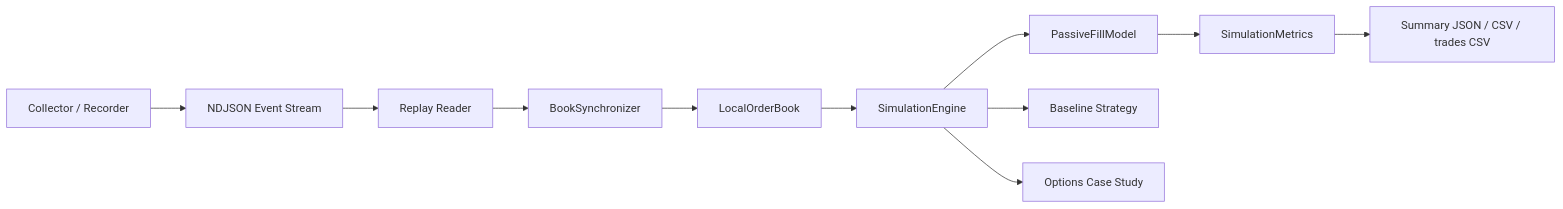
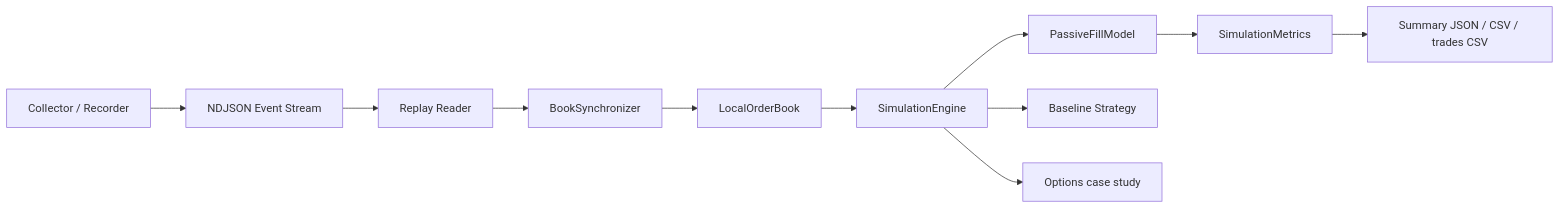
The second of 2 diagrams in README.md (gobrienHFT/lob_sim), drawn with Mermaid before and after one commit. The commit also changed other lines of this file and 6 other files, not shown here.

````diff
--- a/README.md
+++ b/README.md
@@ -157,13 +133,13 @@
 ```mermaid
 flowchart LR
   A["Collector / Recorder"] --> B["NDJSON Event Stream"]
   B --> C["Replay Reader"]
   C --> D["BookSynchronizer"]
   D --> E["LocalOrderBook"]
   E --> F["SimulationEngine"]
   F --> G["PassiveFillModel"]
   F --> H["Baseline Strategy"]
   G --> I["SimulationMetrics"]
   I --> J["Summary JSON / CSV / trades CSV"]
-  F --> K["Options Case Study"]
+  F --> K["Options case study"]
 ```
````
